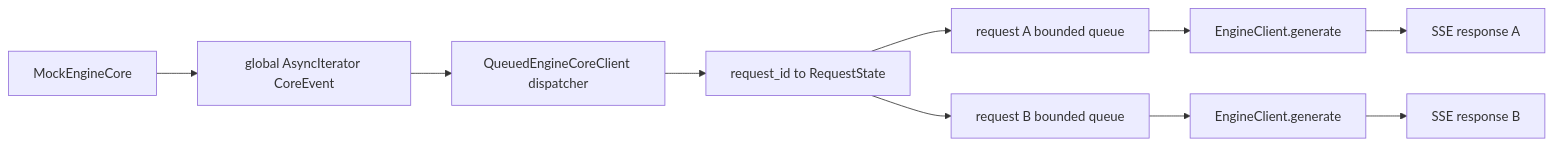
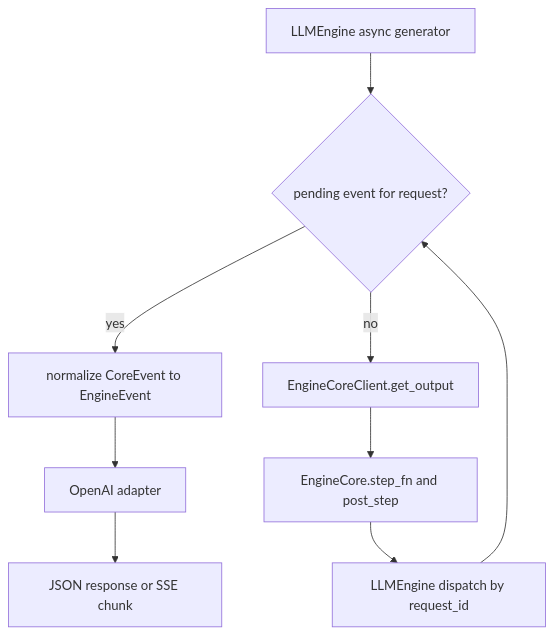
One commit to BigFaceMan/xTokens changed the second of 6 diagrams in docs/design/S1-serve_api.md. Above: the diagram before and after it, drawn with Mermaid. The commit also changed other lines of this file and 25 other files, not shown here.

````diff
--- a/docs/design/S1-serve_api.md
+++ b/docs/design/S1-serve_api.md
@@ -85,12 +79,11 @@
 ```mermaid
-flowchart LR
-    Core[MockEngineCore] --> Output[global AsyncIterator CoreEvent]
-    Output --> Dispatch[QueuedEngineCoreClient dispatcher]
-    Dispatch --> Registry[request_id to RequestState]
-    Registry --> QueueA[request A bounded queue]
-    Registry --> QueueB[request B bounded queue]
-    QueueA --> EngineA[EngineClient.generate]
-    QueueB --> EngineB[EngineClient.generate]
-    EngineA --> SSEA[SSE response A]
-    EngineB --> SSEB[SSE response B]
+flowchart TD
+    G[LLMEngine async generator] --> P{pending event for request?}
+    P -->|yes| N[normalize CoreEvent to EngineEvent]
+    P -->|no| O[EngineCoreClient.get_output]
+    O --> S[EngineCore.step_fn and post_step]
+    S --> D[LLMEngine dispatch by request_id]
+    D --> P
+    N --> A[OpenAI adapter]
+    A --> J[JSON response or SSE chunk]
 ```
````
